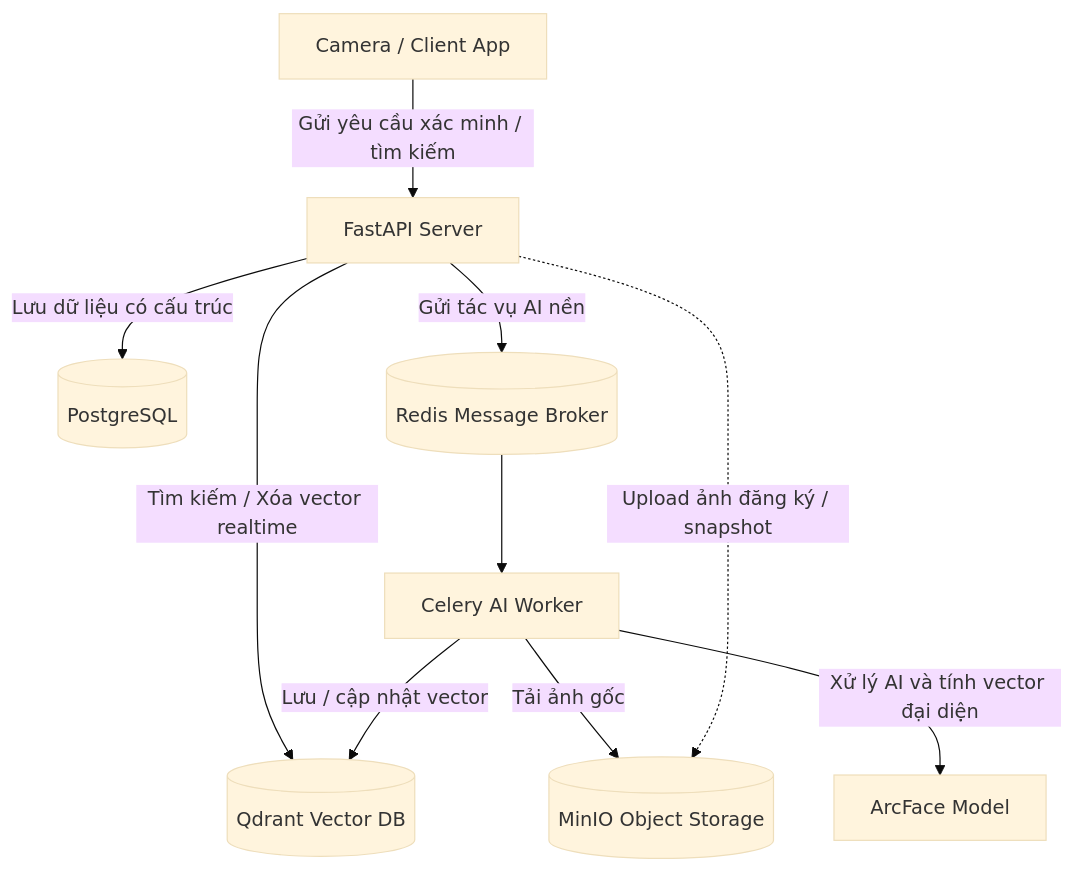
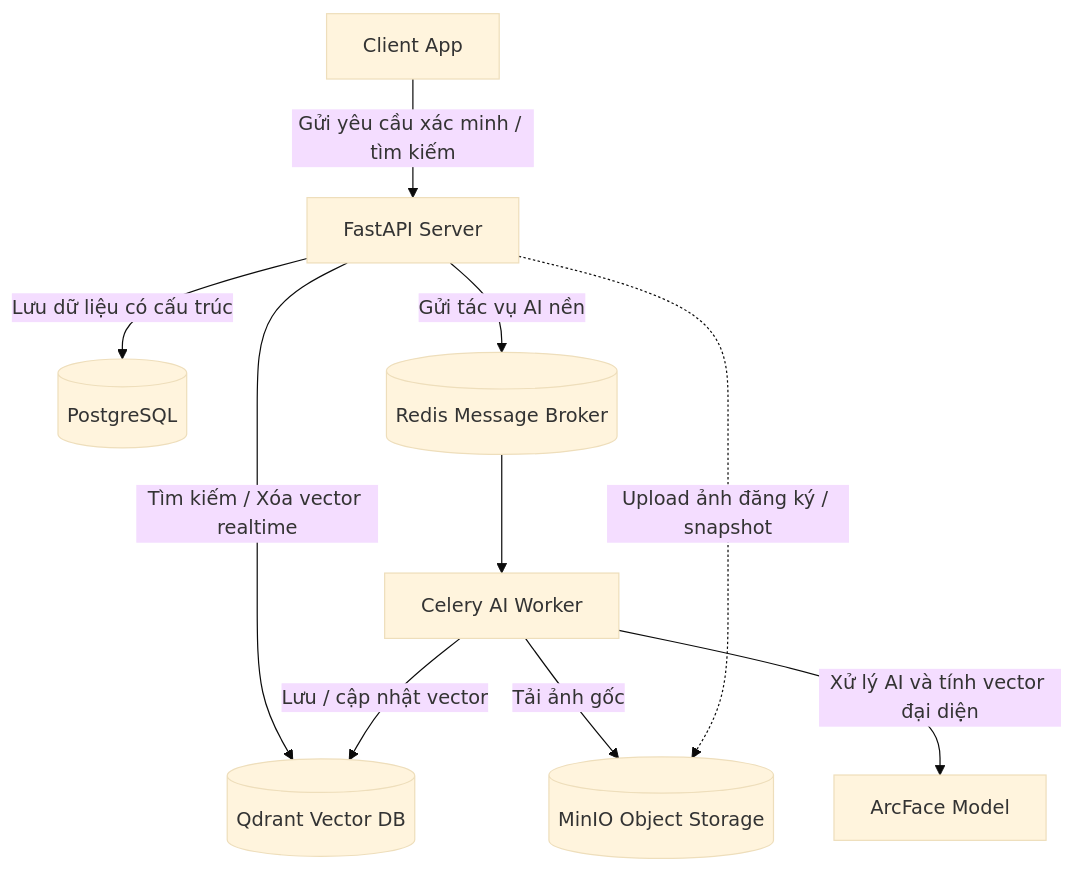
Before and after one commit to NguyenngocLanUET/Deepface: the diagram in README.md, drawn with Mermaid (base theme). The commit also changed other lines of this file, not shown here.

````diff
--- a/README.md
+++ b/README.md
@@ -34,30 +34,30 @@
 ```mermaid
 graph TD
 
-    Client["Camera / Client App"]
+    Client["Client App"]
         -->|"Gửi yêu cầu xác minh / tìm kiếm"| API["FastAPI Server"]
 
     API
         -->|"Lưu dữ liệu có cấu trúc"| PostgreSQL[("PostgreSQL")]
 
     API
         -->|"Tìm kiếm / Xóa vector realtime"| Qdrant[("Qdrant Vector DB")]
 
     API
         -->|"Gửi tác vụ AI nền"| Redis[("Redis Message Broker")]
 
     Redis
         --> Worker["Celery AI Worker"]
 
     Worker
         -->|"Tải ảnh gốc"| MinIO[("MinIO Object Storage")]
 
     Worker
         -->|"Xử lý AI và tính vector đại diện"| DeepFace["ArcFace Model"]
 
     Worker
         -->|"Lưu / cập nhật vector"| Qdrant
 
     API
         -.->|"Upload ảnh đăng ký / snapshot"| MinIO
 ```
````
